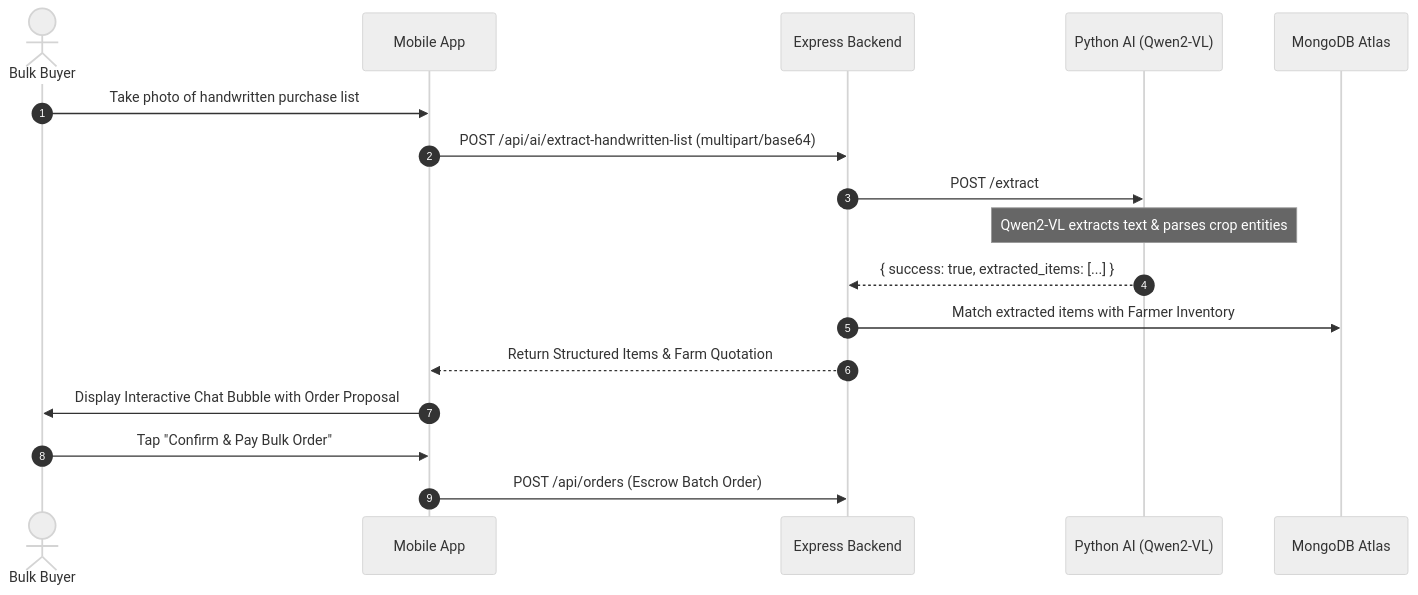
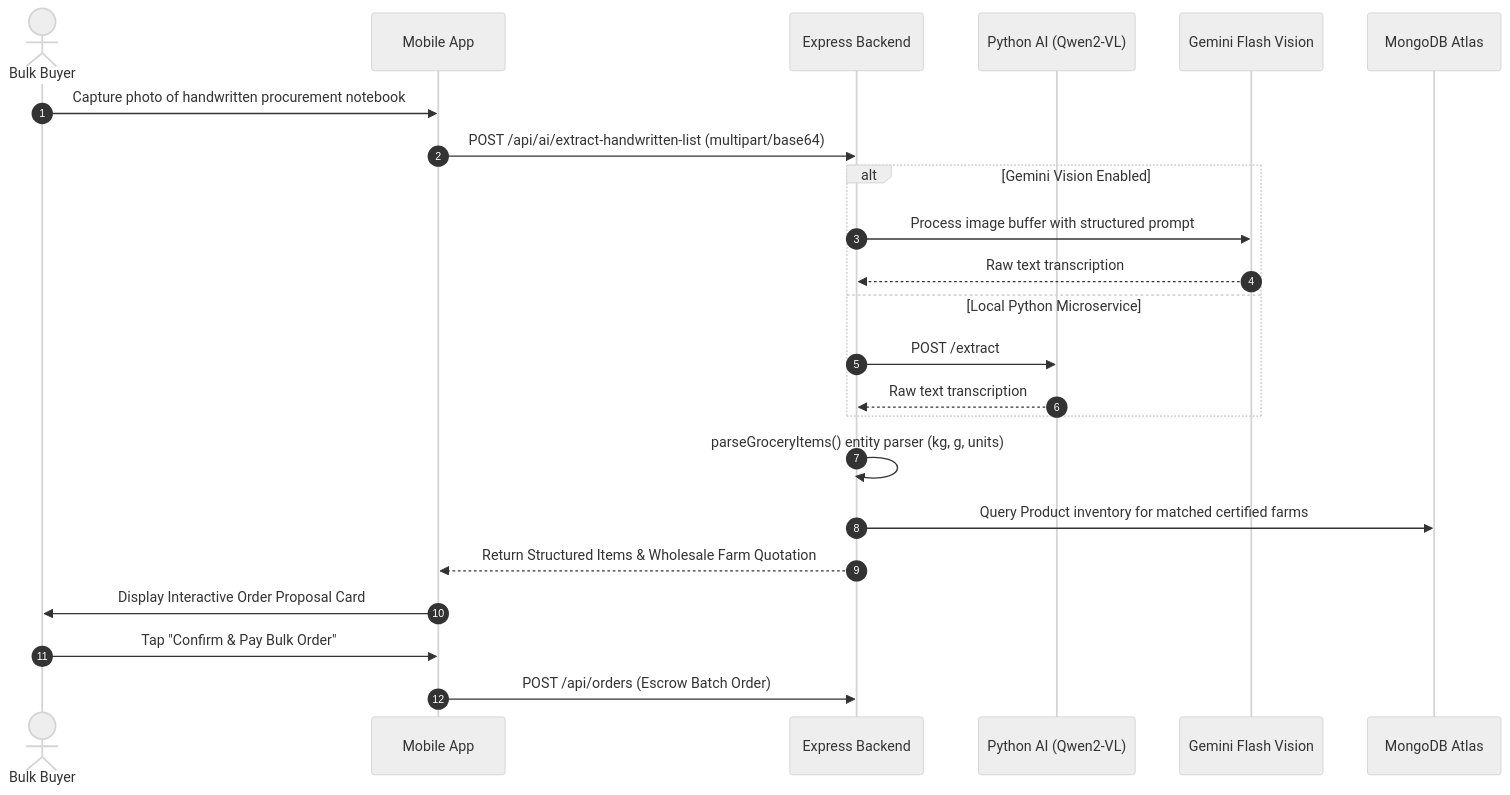
The third of 8 diagrams in ECOHARVEST_TECHNICAL_ARCHITECTURE_AND_WORKFLOW.md (MeviniNethasa/Eco-Harvest), drawn with Mermaid (neutral theme) before and after one commit. The commit also changed other lines of this file and 6 other files, not shown here.

````diff
--- a/ECOHARVEST_TECHNICAL_ARCHITECTURE_AND_WORKFLOW.md
+++ b/ECOHARVEST_TECHNICAL_ARCHITECTURE_AND_WORKFLOW.md
@@ -114,20 +138,26 @@
 ```mermaid
 sequenceDiagram
     autonumber
     actor Buyer as Bulk Buyer
     participant App as Mobile App
     participant Backend as Express Backend
     participant FlaskAI as Python AI (Qwen2-VL)
+    participant Gemini as Gemini Flash Vision
     participant DB as MongoDB Atlas
 
-    Buyer->>App: Take photo of handwritten purchase list
+    Buyer->>App: Capture photo of handwritten procurement notebook
     App->>Backend: POST /api/ai/extract-handwritten-list (multipart/base64)
-    Backend->>FlaskAI: POST /extract
-    Note over FlaskAI: Qwen2-VL extracts text & parses crop entities
-    FlaskAI-->>Backend: { success: true, extracted_items: [...] }
-    Backend->>DB: Match extracted items with Farmer Inventory
-    Backend-->>App: Return Structured Items & Farm Quotation
-    App->>Buyer: Display Interactive Chat Bubble with Order Proposal
+    alt Gemini Vision Enabled
+        Backend->>Gemini: Process image buffer with structured prompt
+        Gemini-->>Backend: Raw text transcription
+    else Local Python Microservice
+        Backend->>FlaskAI: POST /extract
+        FlaskAI-->>Backend: Raw text transcription
+    end
+    Backend->>Backend: parseGroceryItems() entity parser (kg, g, units)
+    Backend->>DB: Query Product inventory for matched certified farms
+    Backend-->>App: Return Structured Items & Wholesale Farm Quotation
+    App->>Buyer: Display Interactive Order Proposal Card
     Buyer->>App: Tap "Confirm & Pay Bulk Order"
     App->>Backend: POST /api/orders (Escrow Batch Order)
 ```
````
